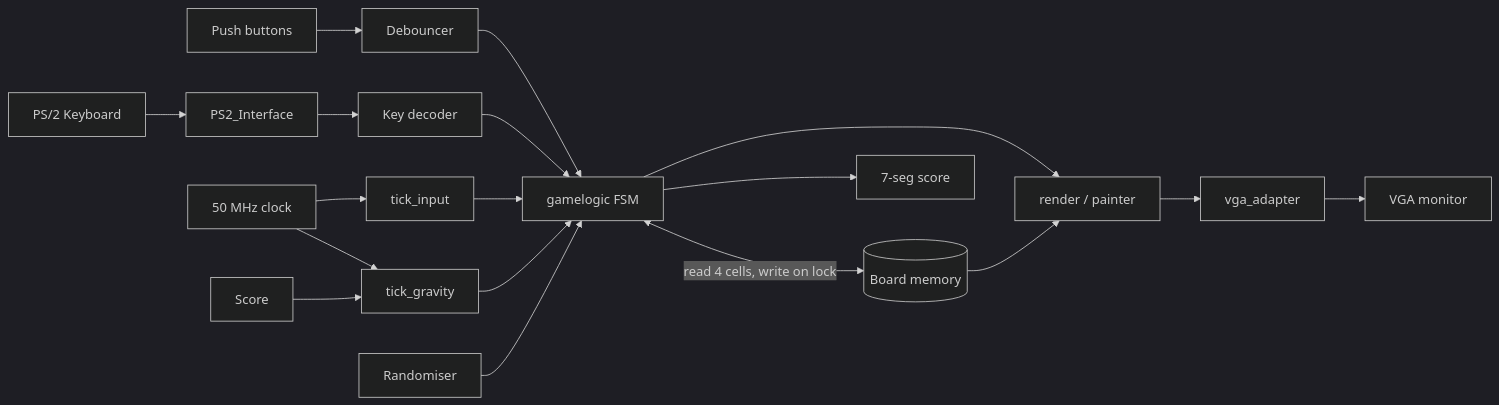
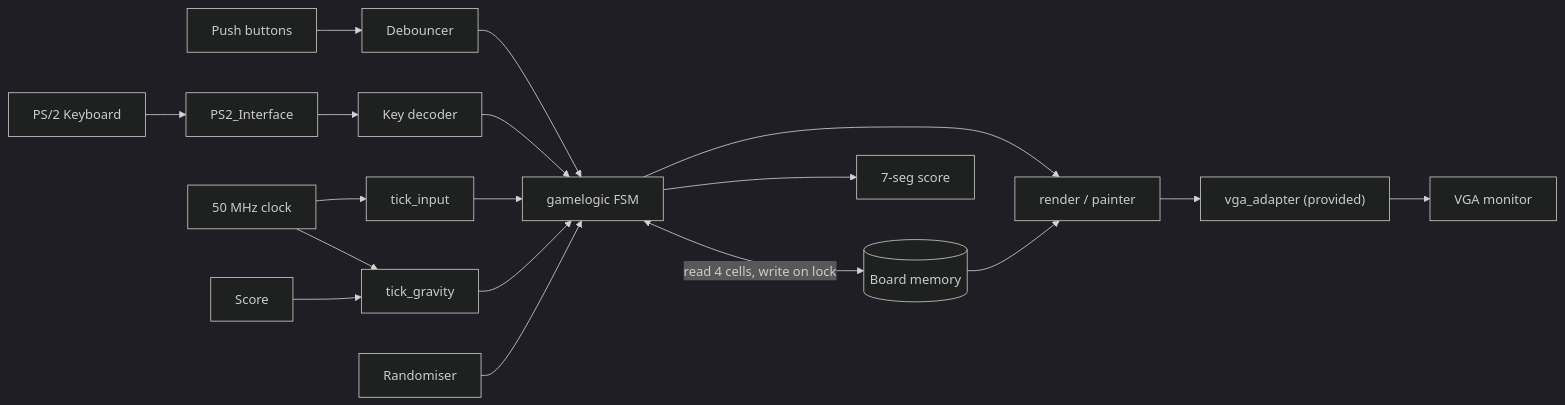
One commit to tabetant/fpga_tetris changed the diagram in README.md. Above: the diagram before and after it, drawn with Mermaid (dark theme). The commit also changed other lines of this file and 32 other files, not shown here.

````diff
--- a/README.md
+++ b/README.md
@@ -20,20 +20,20 @@
 ```mermaid
 flowchart LR
     KB["PS/2 Keyboard"] --> PS2[PS2_Interface]
     KEY[Push buttons] --> DEB[Debouncer]
     PS2 --> DEC[Key decoder]
     DEB --> FSM
     DEC --> FSM[gamelogic FSM]
     CLK[50 MHz clock] --> TI[tick_input]
     CLK --> TG[tick_gravity]
     SCORE[Score] --> TG
     TI --> FSM
     TG --> FSM
     FSM <-->|read 4 cells, write on lock| MEM[(Board memory)]
     RNG[Randomiser] --> FSM
     FSM --> PAINT["render / painter"]
     MEM --> PAINT
-    PAINT --> VGA[vga_adapter]
+    PAINT --> VGA["vga_adapter (provided)"]
     VGA --> MON[VGA monitor]
     FSM --> HEX[7-seg score]
 ```
````
